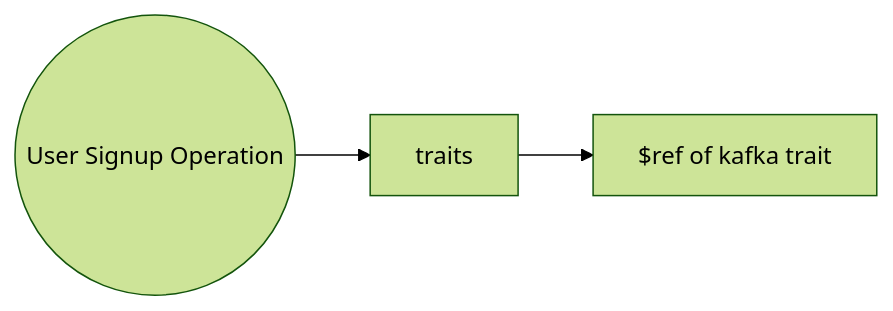
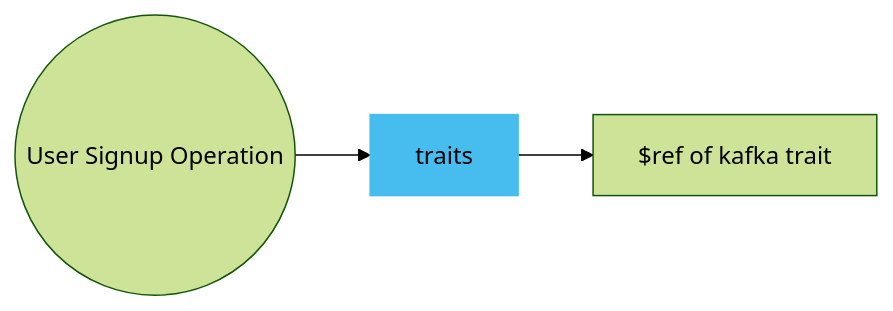
One commit to asyncapi/website changed the second of 4 diagrams in pages/docs/concepts/asyncapi-document/reusing-traits.md. Above: the diagram before and after it, drawn with Mermaid (forest theme). The commit also changed other lines of this file, not shown here.

````diff
--- a/pages/docs/concepts/asyncapi-document/reusing-traits.md
+++ b/pages/docs/concepts/asyncapi-document/reusing-traits.md
@@ -27,8 +30,10 @@
 ```mermaid
 graph LR
     A((User Signup Operation))
     B[traits]
     C[$ref of kafka trait]
     A-->B
     B-->C
+
+    style B fill:#47BCEE,stroke:#47BCEE;
 ```
````
